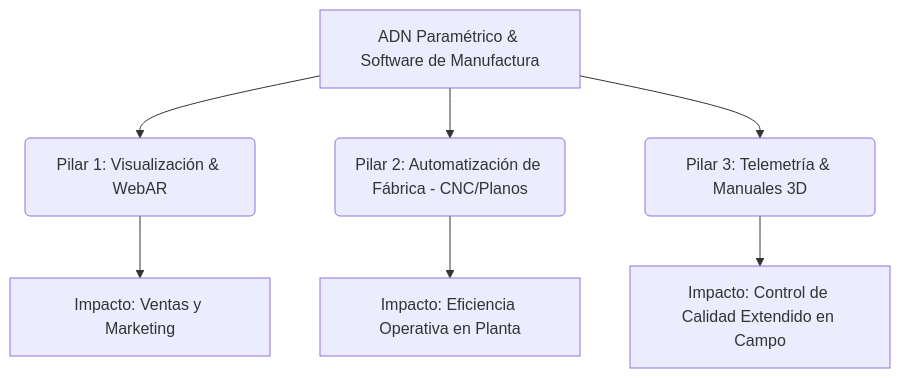
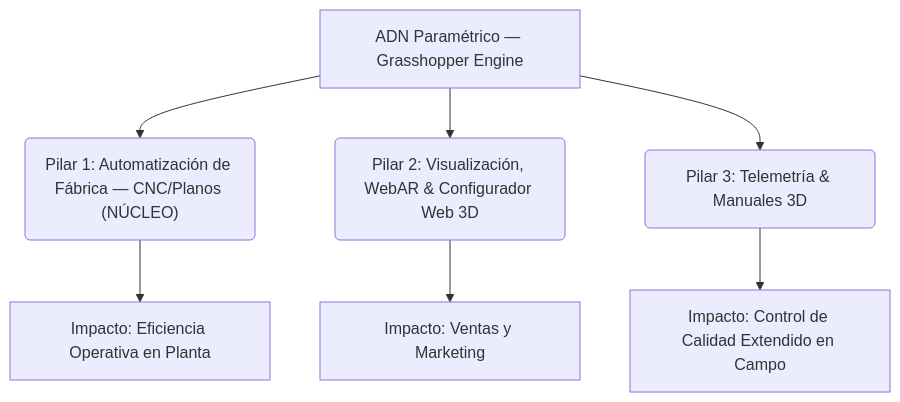
The diagram in docs/MANIFIESTO_NEGOCIO.md (mariomojicastyle/mmapp), drawn with Mermaid before and after one commit. The commit also changed other lines of this file and 75 other files, not shown here.

First line of the commit message:
feat(3bf): Consolidate 3DBimFab Web-BIM Configurator monorepo and foundational architecture

````diff
--- a/docs/MANIFIESTO_NEGOCIO.md
+++ b/docs/MANIFIESTO_NEGOCIO.md
@@ -57,9 +68,9 @@
 ```mermaid
 graph TD
-    A[ADN Paramétrico & Software de Manufactura] --> B(Pilar 1: Visualización & WebAR)
-    A --> C(Pilar 2: Automatización de Fábrica - CNC/Planos)
-    A --> D(Pilar 3: Telemetría & Manuales 3D)
-    B --> E[Impacto: Ventas y Marketing]
-    C --> F[Impacto: Eficiencia Operativa en Planta]
-    D --> G[Impacto: Control de Calidad Extendido en Campo]
+    A["ADN Paramétrico — Grasshopper Engine"] --> C("Pilar 1: Automatización de Fábrica — CNC/Planos (NÚCLEO)")
+    A --> B("Pilar 2: Visualización, WebAR & Configurador Web 3D")
+    A --> D("Pilar 3: Telemetría & Manuales 3D")
+    C --> F["Impacto: Eficiencia Operativa en Planta"]
+    B --> E["Impacto: Ventas y Marketing"]
+    D --> G["Impacto: Control de Calidad Extendido en Campo"]
 ```
````
